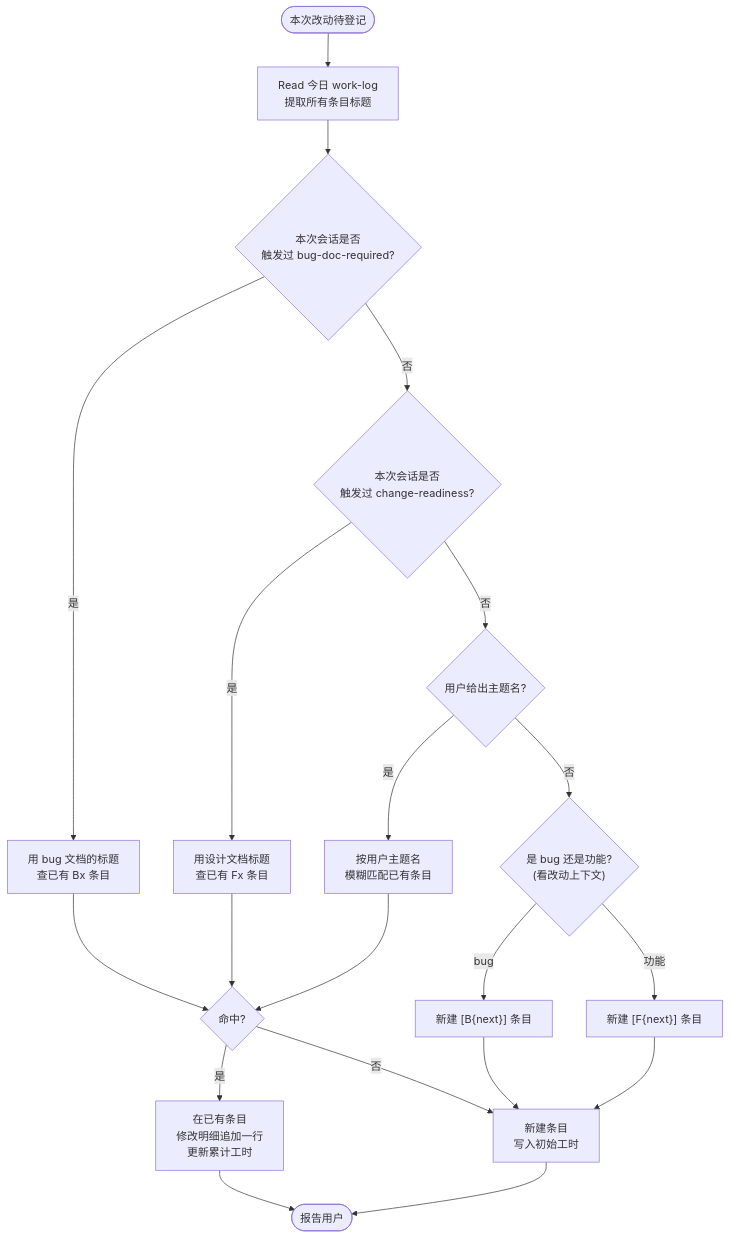
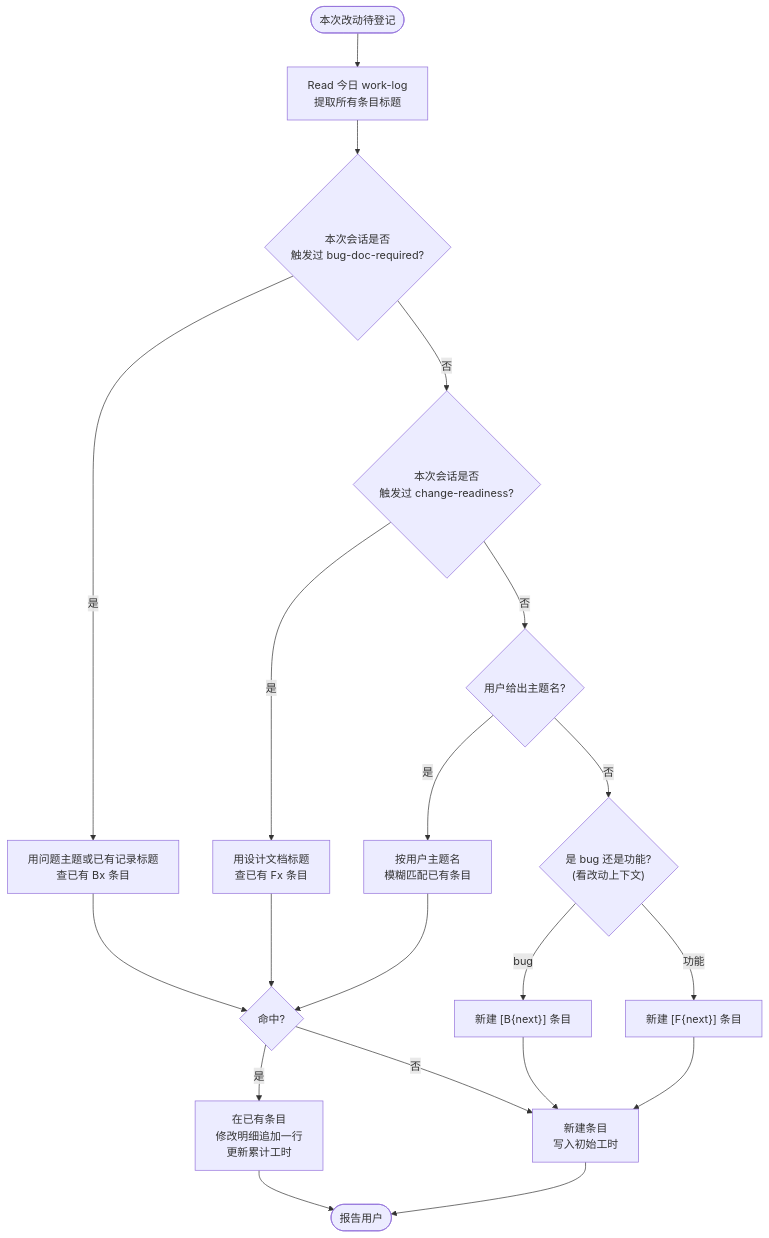
Before and after one commit to exception-coder/team-standards: the first of 2 diagrams in plugins/team-standards/skills/daily-work-log/SKILL.md, drawn with Mermaid. The commit also changed other lines of this file and 20 other files, not shown here.

````diff
--- a/plugins/team-standards/skills/daily-work-log/SKILL.md
+++ b/plugins/team-standards/skills/daily-work-log/SKILL.md
@@ -145,22 +145,22 @@
 ```mermaid
 flowchart TD
     START(["本次改动待登记"]) --> R["Read 今日 work-log\n提取所有条目标题"]
     R --> Q1{"本次会话是否\n触发过 bug-doc-required?"}
-    Q1 -->|"是"| B1["用 bug 文档的标题\n查已有 Bx 条目"]
+    Q1 -->|"是"| B1["用问题主题或已有记录标题\n查已有 Bx 条目"]
     Q1 -->|"否"| Q2{"本次会话是否\n触发过 change-readiness?"}
     Q2 -->|"是"| F1["用设计文档标题\n查已有 Fx 条目"]
     Q2 -->|"否"| Q3{"用户给出主题名?"}
     Q3 -->|"是"| ASK["按用户主题名\n模糊匹配已有条目"]
     Q3 -->|"否"| Q4{"是 bug 还是功能?\n(看改动上下文)"}
     Q4 -->|"bug"| NEWB["新建 [B{next}] 条目"]
     Q4 -->|"功能"| NEWF["新建 [F{next}] 条目"]
     B1 --> MATCH{"命中?"}
     F1 --> MATCH
     ASK --> MATCH
     MATCH -->|"是"| APPEND["在已有条目\n修改明细追加一行\n更新累计工时"]
     MATCH -->|"否"| CREATE["新建条目\n写入初始工时"]
     NEWB --> CREATE
     NEWF --> CREATE
     APPEND --> DONE(["报告用户"])
     CREATE --> DONE
 ```
````
